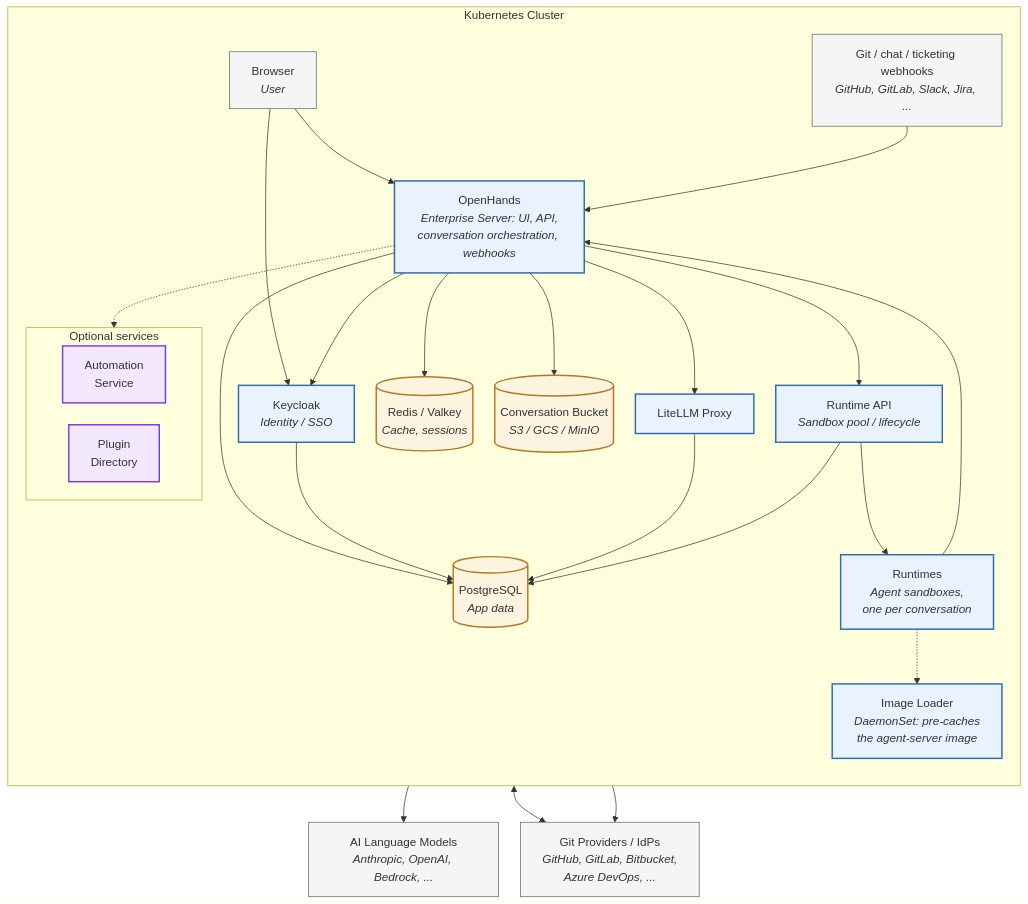
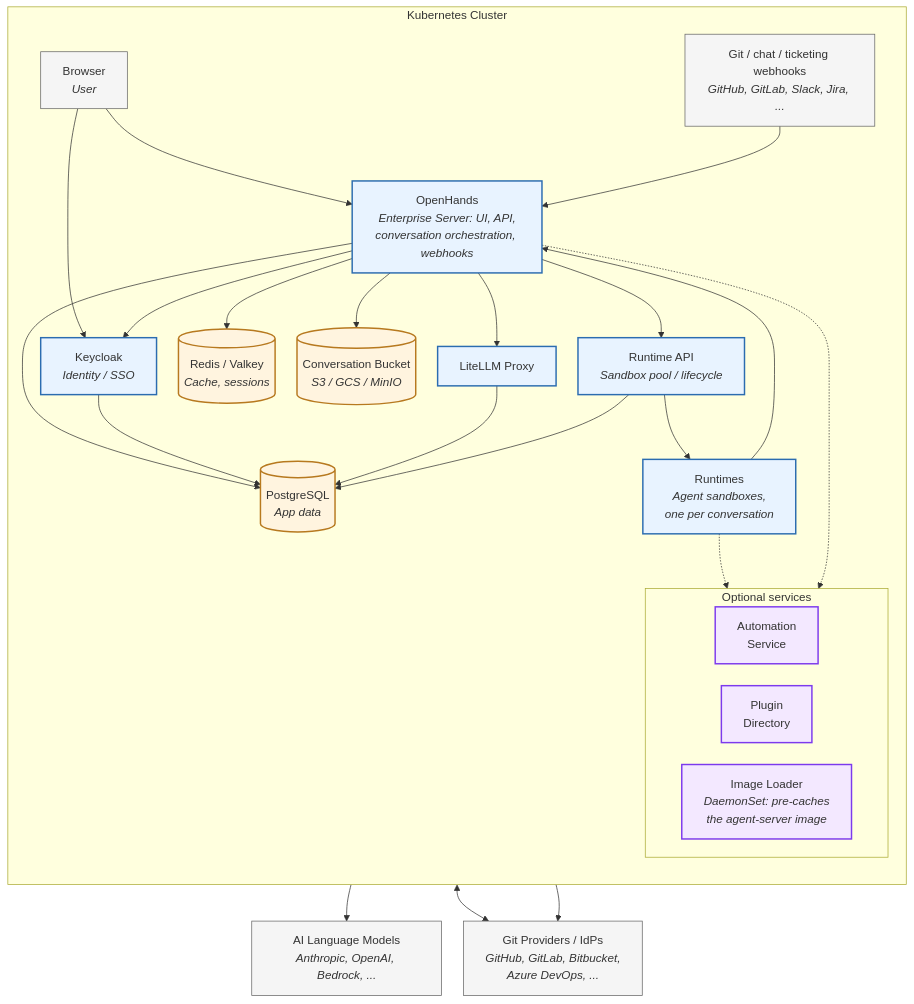
The first of 2 diagrams in enterprise/architecture.mdx (OpenHands/docs), drawn with Mermaid before and after one commit. The commit also changed other lines of this file and 3 other files, not shown here.

First line of the commit message:
docs: mark Image Loader optional and rename plugin-based automations (OHE-3832) (#1030)

````diff
--- a/enterprise/architecture.mdx
+++ b/enterprise/architecture.mdx
@@ -24,59 +24,59 @@
 ```mermaid
 %%{init: {"theme": "default", "flowchart": {"nodeSpacing": 30, "rankSpacing": 50}} }%%
 flowchart TB
     Browser["Browser<br/><i>User</i>"]
     Webhooks["Git / chat / ticketing webhooks<br/><i>GitHub, GitLab, Slack, Jira, ...</i>"]
 
     subgraph Cluster["Kubernetes Cluster"]
         direction TB
         Keycloak["Keycloak<br/><i>Identity / SSO</i>"]
         OpenHands["OpenHands<br/><i>Enterprise Server: UI, API,<br/>conversation orchestration, webhooks</i>"]
         Postgres[("PostgreSQL<br/><i>App data</i>")]
         Redis[("Redis / Valkey<br/><i>Cache, sessions</i>")]
         LiteLLM["LiteLLM Proxy"]
         RuntimeAPI["Runtime API<br/><i>Sandbox pool / lifecycle</i>"]
         Runtimes["Runtimes<br/><i>Agent sandboxes,<br/>one per conversation</i>"]
-        ImageLoader["Image Loader<br/><i>DaemonSet: pre-caches<br/>the agent-server image</i>"]
         Bucket[("Conversation Bucket<br/><i>S3 / GCS / MinIO</i>")]
 
         subgraph Optional["Optional services"]
             direction LR
             Automation["Automation<br/>Service"]
             PluginDir["Plugin<br/>Directory"]
+            ImageLoader["Image Loader<br/><i>DaemonSet: pre-caches<br/>the agent-server image</i>"]
         end
 
         Browser --> OpenHands
         Browser --> Keycloak
         Webhooks --> OpenHands
         OpenHands --> Keycloak
         OpenHands --> RuntimeAPI
         OpenHands --> Redis
         OpenHands --> Postgres
         OpenHands --> Bucket
         OpenHands --> LiteLLM
         Keycloak --> Postgres
         LiteLLM --> Postgres
         RuntimeAPI --> Postgres
         RuntimeAPI --> Runtimes
         Runtimes -.-> ImageLoader
         Runtimes --> OpenHands
         OpenHands -.-> Optional
     end
 
     LLMs["AI Language Models<br/><i>Anthropic, OpenAI, Bedrock, ...</i>"]
     GitProviders["Git Providers / IdPs<br/><i>GitHub, GitLab, Bitbucket,<br/>Azure DevOps, ...</i>"]
 
     LiteLLM --> LLMs
     Keycloak <--> GitProviders
     Runtimes --> GitProviders
 
     classDef core fill:#e8f3ff,stroke:#2b6cb0,stroke-width:2px
     classDef data fill:#fff4df,stroke:#b7791f,stroke-width:2px
     classDef optional fill:#f3e8ff,stroke:#7c3aed,stroke-width:2px
     classDef external fill:#f5f5f5,stroke:#666,stroke-width:1px
 
-    class OpenHands,Keycloak,LiteLLM,RuntimeAPI,Runtimes,ImageLoader core
+    class OpenHands,Keycloak,LiteLLM,RuntimeAPI,Runtimes core
     class Postgres,Redis,Bucket data
-    class Automation,PluginDir optional
+    class Automation,PluginDir,ImageLoader optional
     class Browser,Webhooks,LLMs,GitProviders external
 ```
````
